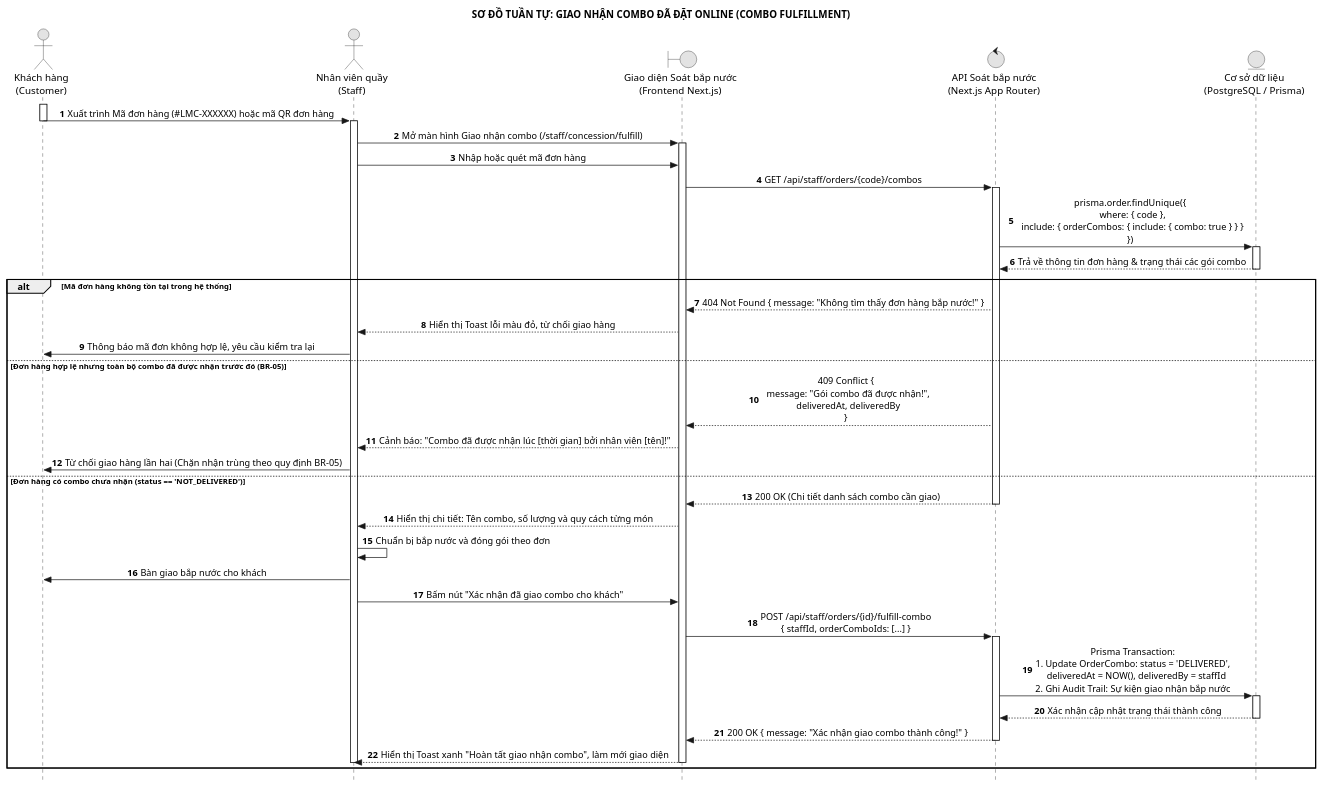
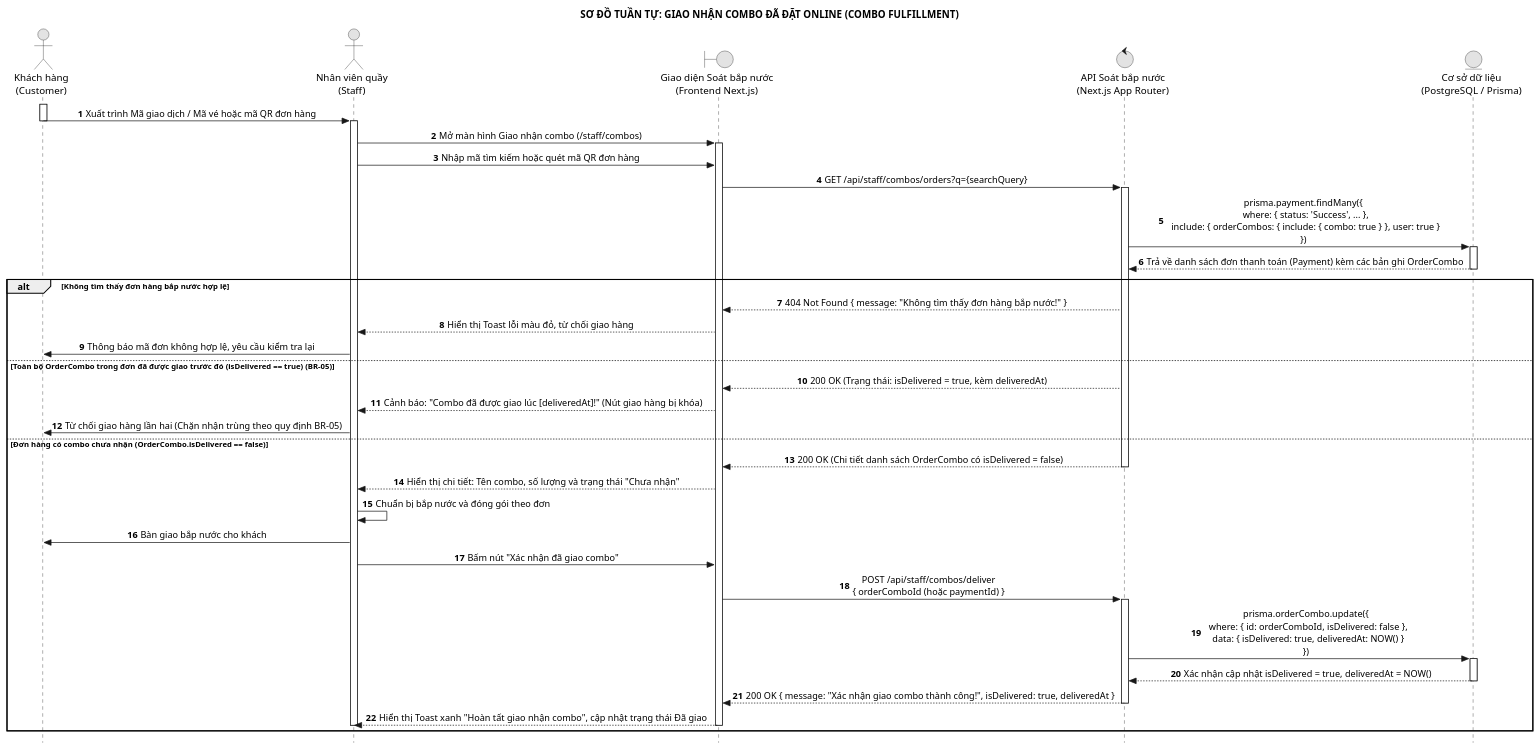
One commit to MaGiaVy/CinemaLUMI changed the diagram in Sequence/15_giao_nhan_combo_online.puml. Above: the diagram before and after it, drawn with PlantUML. The commit also changed 254 other files, not shown here.

Commit message:
feat(docs-uml): upgrade SRS to v2.0 and synchronize all 62 UML diagrams with codebase

```diff
--- a/Sequence/15_giao_nhan_combo_online.puml
+++ b/Sequence/15_giao_nhan_combo_online.puml
@@ -1,66 +1,66 @@
 @startuml 15_giao_nhan_combo_online
 hide footbox
 title SƠ ĐỒ TUẦN TỰ: GIAO NHẬN COMBO ĐÃ ĐẶT ONLINE (COMBO FULFILLMENT)
 autonumber
 skinparam style strictuml
 skinparam monochrome true
 skinparam shadowing false
 skinparam defaultTextAlignment center
 
 actor "Khách hàng\n(Customer)" as KH
 actor "Nhân viên quầy\n(Staff)" as NV
 boundary "Giao diện Soát bắp nước\n(Frontend Next.js)" as UI
 control "API Soát bắp nước\n(Next.js App Router)" as API
 entity "Cơ sở dữ liệu\n(PostgreSQL / Prisma)" as DB
 
 activate KH
-KH -> NV : Xuất trình Mã đơn hàng (#LMC-XXXXXX) hoặc mã QR đơn hàng
+KH -> NV : Xuất trình Mã giao dịch / Mã vé hoặc mã QR đơn hàng
 deactivate KH
 
 activate NV
-NV -> UI : Mở màn hình Giao nhận combo (/staff/concession/fulfill)
+NV -> UI : Mở màn hình Giao nhận combo (/staff/combos)
 activate UI
-NV -> UI : Nhập hoặc quét mã đơn hàng
+NV -> UI : Nhập mã tìm kiếm hoặc quét mã QR đơn hàng
 
-UI -> API : GET /api/staff/orders/{code}/combos
+UI -> API : GET /api/staff/combos/orders?q={searchQuery}
 activate API
 
-API -> DB : prisma.order.findUnique({\n  where: { code },\n  include: { orderCombos: { include: { combo: true } } }\n})
+API -> DB : prisma.payment.findMany({\n  where: { status: 'Success', ... },\n  include: { orderCombos: { include: { combo: true } }, user: true }\n})
 activate DB
-DB --> API : Trả về thông tin đơn hàng & trạng thái các gói combo
+DB --> API : Trả về danh sách đơn thanh toán (Payment) kèm các bản ghi OrderCombo
 deactivate DB
 
-alt Mã đơn hàng không tồn tại trong hệ thống
+alt Không tìm thấy đơn hàng bắp nước hợp lệ
     API --> UI : 404 Not Found { message: "Không tìm thấy đơn hàng bắp nước!" }
     UI --> NV : Hiển thị Toast lỗi màu đỏ, từ chối giao hàng
     NV -> KH : Thông báo mã đơn không hợp lệ, yêu cầu kiểm tra lại
-else Đơn hàng hợp lệ nhưng toàn bộ combo đã được nhận trước đó (BR-05)
-    API --> UI : 409 Conflict {\n  message: "Gói combo đã được nhận!",\n  deliveredAt, deliveredBy\n}
-    UI --> NV : Cảnh báo: "Combo đã được nhận lúc [thời gian] bởi nhân viên [tên]!"
+else Toàn bộ OrderCombo trong đơn đã được giao trước đó (isDelivered == true) (BR-05)
+    API --> UI : 200 OK (Trạng thái: isDelivered = true, kèm deliveredAt)
+    UI --> NV : Cảnh báo: "Combo đã được giao lúc [deliveredAt]!" (Nút giao hàng bị khóa)
     NV -> KH : Từ chối giao hàng lần hai (Chặn nhận trùng theo quy định BR-05)
-else Đơn hàng có combo chưa nhận (status == 'NOT_DELIVERED')
-    API --> UI : 200 OK (Chi tiết danh sách combo cần giao)
+else Đơn hàng có combo chưa nhận (OrderCombo.isDelivered == false)
+    API --> UI : 200 OK (Chi tiết danh sách OrderCombo có isDelivered = false)
     deactivate API
-    UI --> NV : Hiển thị chi tiết: Tên combo, số lượng và quy cách từng món
+    UI --> NV : Hiển thị chi tiết: Tên combo, số lượng và trạng thái "Chưa nhận"
     
     NV -> NV : Chuẩn bị bắp nước và đóng gói theo đơn
     NV -> KH : Bàn giao bắp nước cho khách
-    NV -> UI : Bấm nút "Xác nhận đã giao combo cho khách"
+    NV -> UI : Bấm nút "Xác nhận đã giao combo"
     
-    UI -> API : POST /api/staff/orders/{id}/fulfill-combo\n{ staffId, orderComboIds: [...] }
+    UI -> API : POST /api/staff/combos/deliver\n{ orderComboId (hoặc paymentId) }
     activate API
     
-    API -> DB : Prisma Transaction:\n1. Update OrderCombo: status = 'DELIVERED',\n   deliveredAt = NOW(), deliveredBy = staffId\n2. Ghi Audit Trail: Sự kiện giao nhận bắp nước
+    API -> DB : prisma.orderCombo.update({\n  where: { id: orderComboId, isDelivered: false },\n  data: { isDelivered: true, deliveredAt: NOW() }\n})
     activate DB
-    DB --> API : Xác nhận cập nhật trạng thái thành công
+    DB --> API : Xác nhận cập nhật isDelivered = true, deliveredAt = NOW()
     deactivate DB
     
-    API --> UI : 200 OK { message: "Xác nhận giao combo thành công!" }
+    API --> UI : 200 OK { message: "Xác nhận giao combo thành công!", isDelivered: true, deliveredAt }
     deactivate API
     
-    UI --> NV : Hiển thị Toast xanh "Hoàn tất giao nhận combo", làm mới giao diện
+    UI --> NV : Hiển thị Toast xanh "Hoàn tất giao nhận combo", cập nhật trạng thái Đã giao
     deactivate UI
     deactivate NV
 end
 
 @enduml
```
